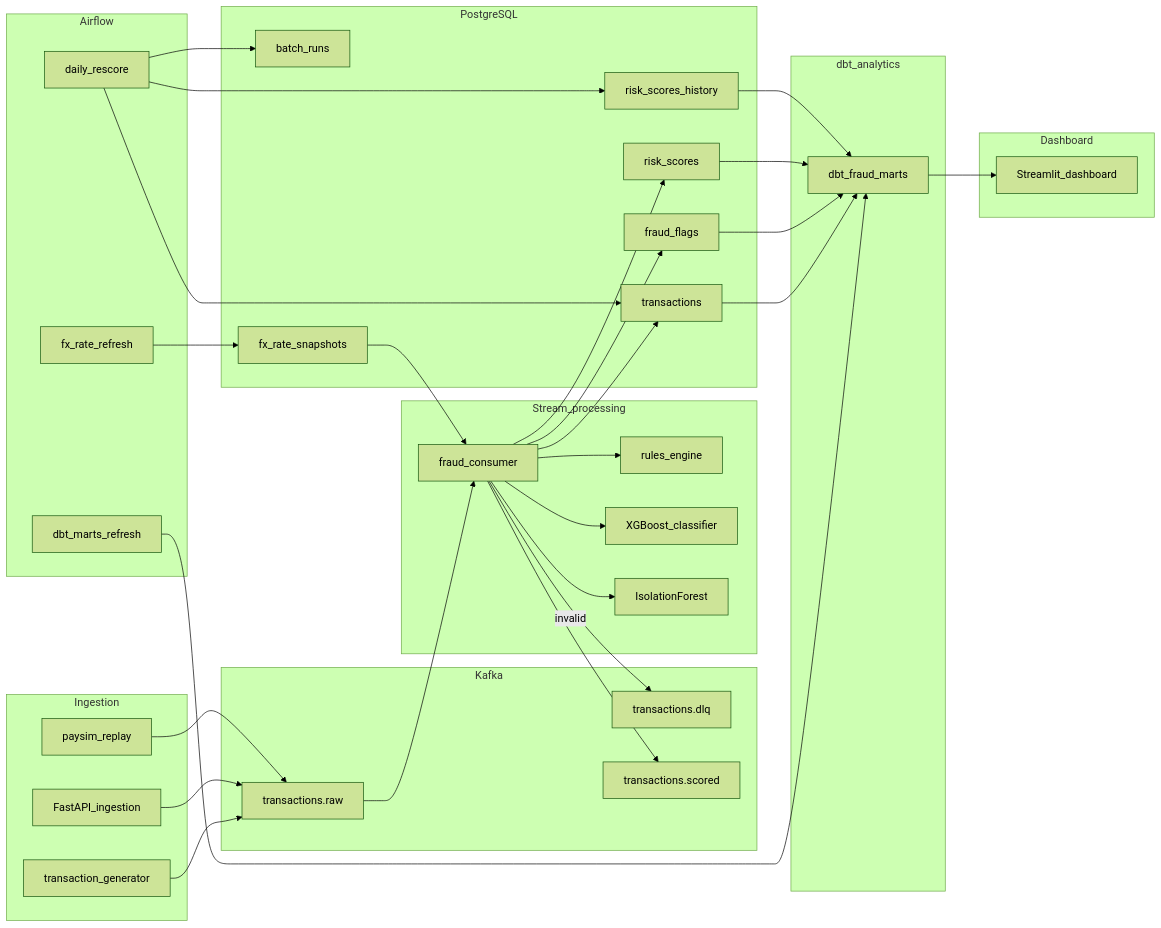
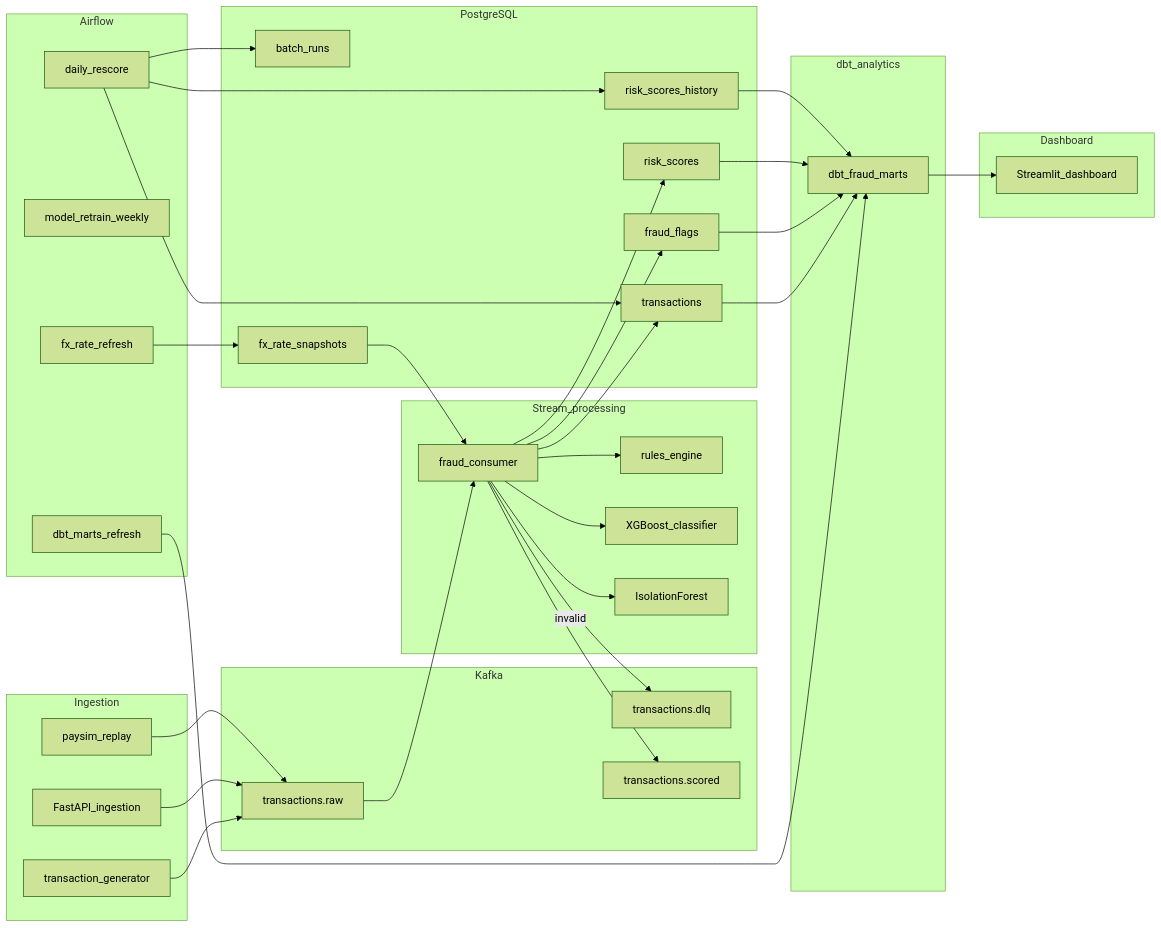
The diagram in README.md (mnaufaldr01/real-time-fraud-detection), drawn with Mermaid (forest theme) before and after one commit. The commit also changed other lines of this file and 13 other files, not shown here.

````diff
--- a/README.md
+++ b/README.md
@@ -5,61 +5,62 @@
 ```mermaid
 flowchart LR
   subgraph ingest [Ingestion]
     Gen[transaction_generator]
     API[FastAPI_ingestion]
     PaySim[paysim_replay]
   end
   subgraph kafka [Kafka]
     Raw[transactions.raw]
     DLQ[transactions.dlq]
     Scored[transactions.scored]
   end
   subgraph stream [Stream_processing]
     Consumer[fraud_consumer]
     Rules[rules_engine]
     XGB[XGBoost_classifier]
     IF[IsolationForest]
   end
   subgraph store [PostgreSQL]
     Txn[transactions]
     Risk[risk_scores]
     Flags[fraud_flags]
     Hist[risk_scores_history]
     Runs[batch_runs]
     FX[fx_rate_snapshots]
   end
   subgraph batch [Airflow]
     Rescore[daily_rescore]
+    Retrain[model_retrain_weekly]
     FxDAG[fx_rate_refresh]
     DbtRefresh[dbt_marts_refresh]
   end
   subgraph analytics [dbt_analytics]
     dbt[dbt_fraud_marts]
   end
   subgraph ui [Dashboard]
     Dash[Streamlit_dashboard]
   end
   Gen --> Raw
   API --> Raw
   PaySim --> Raw
   Raw --> Consumer
   Consumer -->|invalid| DLQ
   Consumer --> Rules
   Consumer --> XGB
   Consumer --> IF
   Consumer --> Scored
   Consumer --> Txn
   Consumer --> Risk
   Consumer --> Flags
   FxDAG --> FX
   FX --> Consumer
   Rescore --> Txn
   Rescore --> Hist
   Rescore --> Runs
   DbtRefresh --> dbt
   Txn --> dbt
   Flags --> dbt
   Risk --> dbt
   Hist --> dbt
   dbt --> Dash
 ```
````
